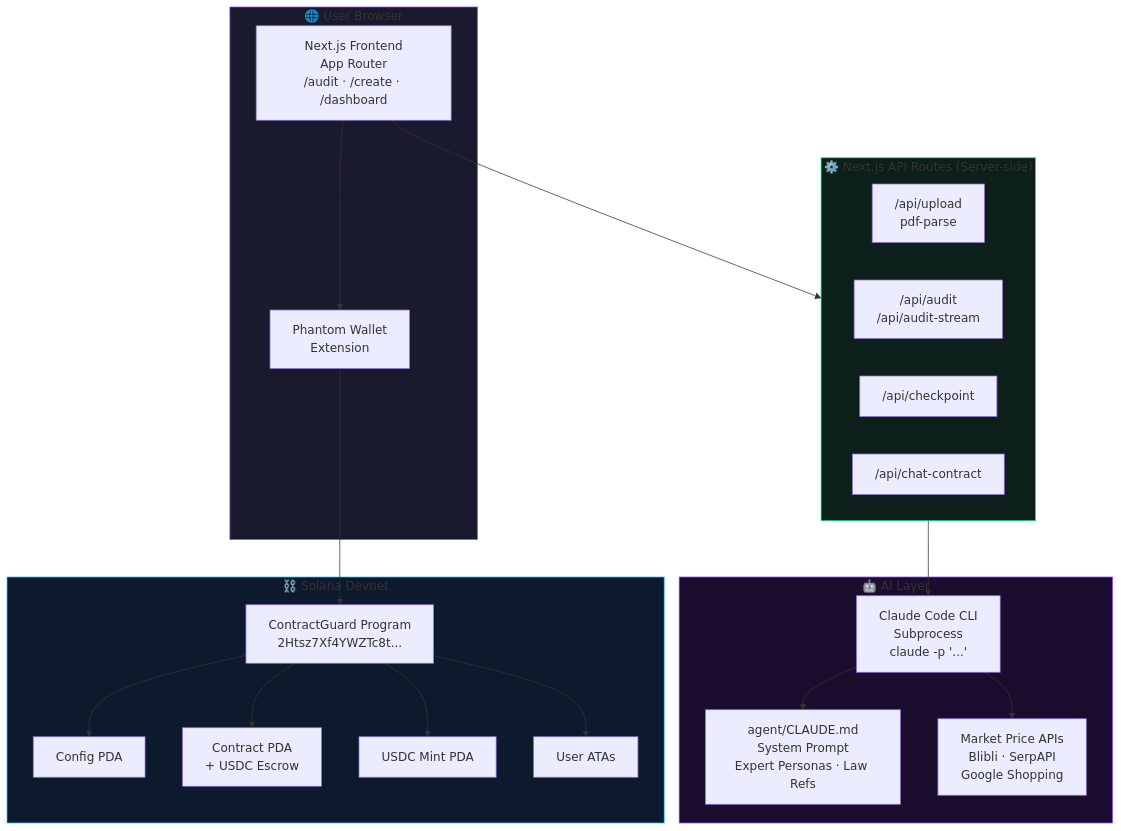
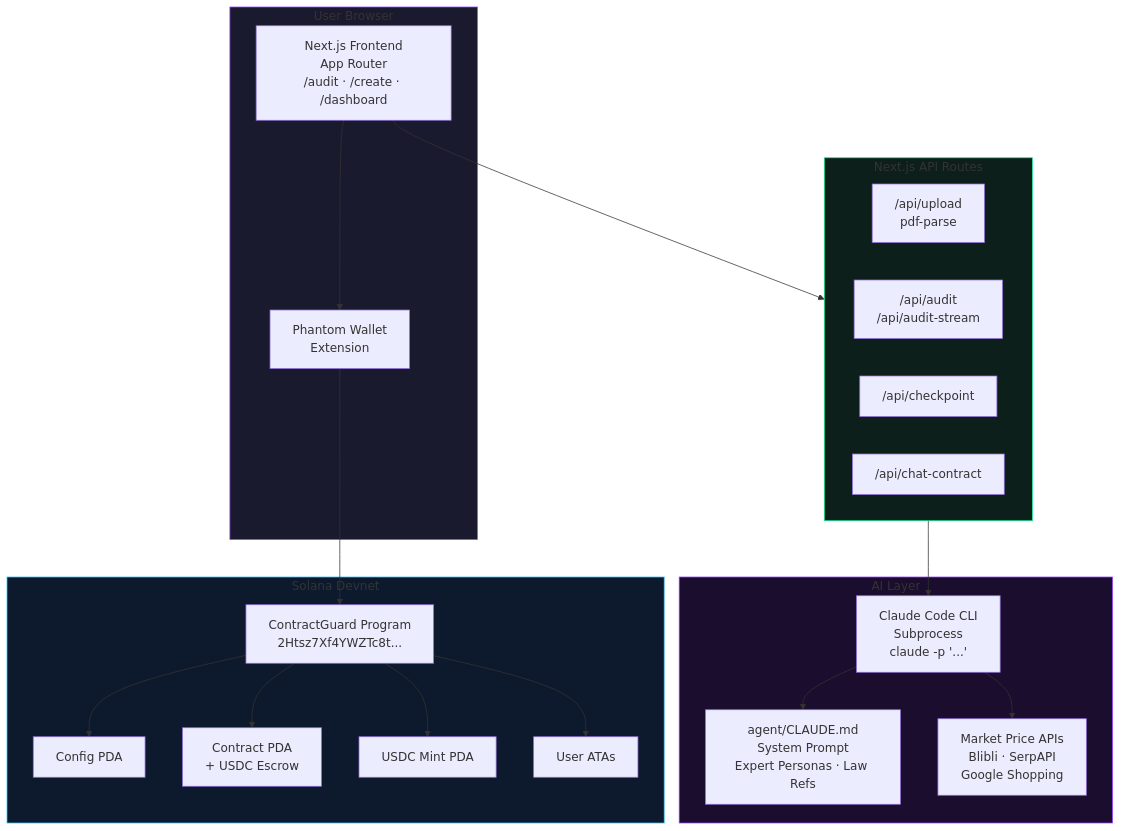
One commit to ContracGuardAI/frontend changed the first of 2 diagrams in docs/architecture/overview.md. Above: the diagram before and after it, drawn with Mermaid. The commit also changed 6 other files, not shown here.

````diff
--- a/docs/architecture/overview.md
+++ b/docs/architecture/overview.md
@@ -5,44 +5,44 @@
 ```mermaid
 graph TB
-    subgraph Browser["🌐 User Browser"]
+    subgraph Browser["User Browser"]
         UI["Next.js Frontend\nApp Router\n/audit · /create · /dashboard"]
         Wallet["Phantom Wallet\nExtension"]
     end
 
-    subgraph NextAPI["⚙️ Next.js API Routes (Server-side)"]
+    subgraph NextAPI["Next.js API Routes"]
         upload["/api/upload\npdf-parse"]
         audit["/api/audit\n/api/audit-stream"]
         checkpoint["/api/checkpoint"]
         chat["/api/chat-contract"]
     end
 
-    subgraph AI["🤖 AI Layer"]
+    subgraph AI["AI Layer"]
         cli["Claude Code CLI\nSubprocess\nclaude -p '...'"]
         prompt["agent/CLAUDE.md\nSystem Prompt\nExpert Personas · Law Refs"]
         prices["Market Price APIs\nBlibli · SerpAPI\nGoogle Shopping"]
     end
 
-    subgraph Solana["⛓️ Solana Devnet"]
+    subgraph Solana["Solana Devnet"]
         program["ContractGuard Program\n2Htsz7Xf4YWZTc8t..."]
         config["Config PDA"]
         contract["Contract PDA\n+ USDC Escrow"]
         mint["USDC Mint PDA"]
         ata["User ATAs"]
     end
 
     UI --> NextAPI
     NextAPI --> cli
     cli --> prompt
     cli --> prices
     UI --> Wallet
     Wallet --> program
     program --> config
     program --> contract
     program --> mint
     program --> ata
 
     style Browser fill:#1a1a2e,stroke:#9945FF
     style NextAPI fill:#0d1f1a,stroke:#14F195
     style AI fill:#1a0d2e,stroke:#9945FF
     style Solana fill:#0d1a2d,stroke:#38BDF8
 ```
````
